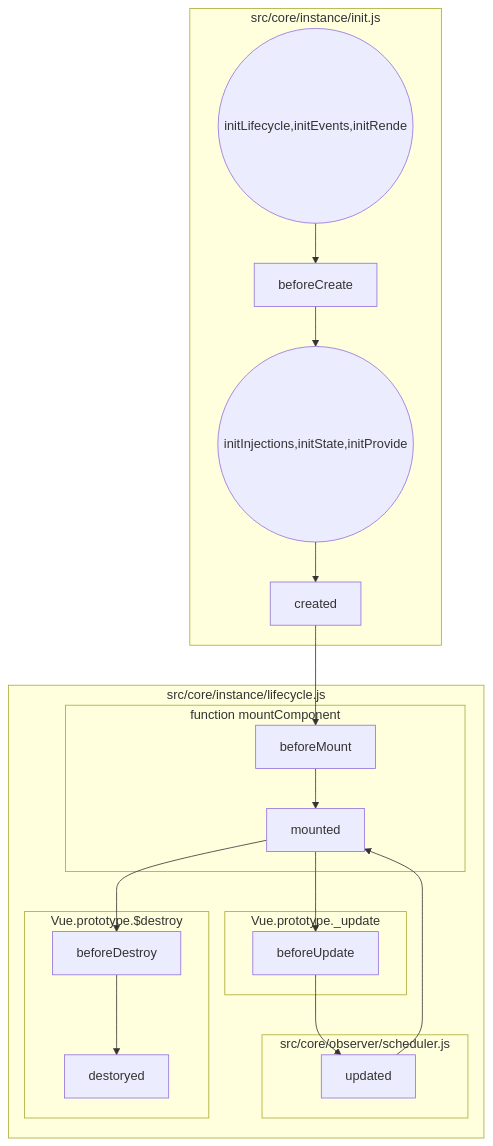
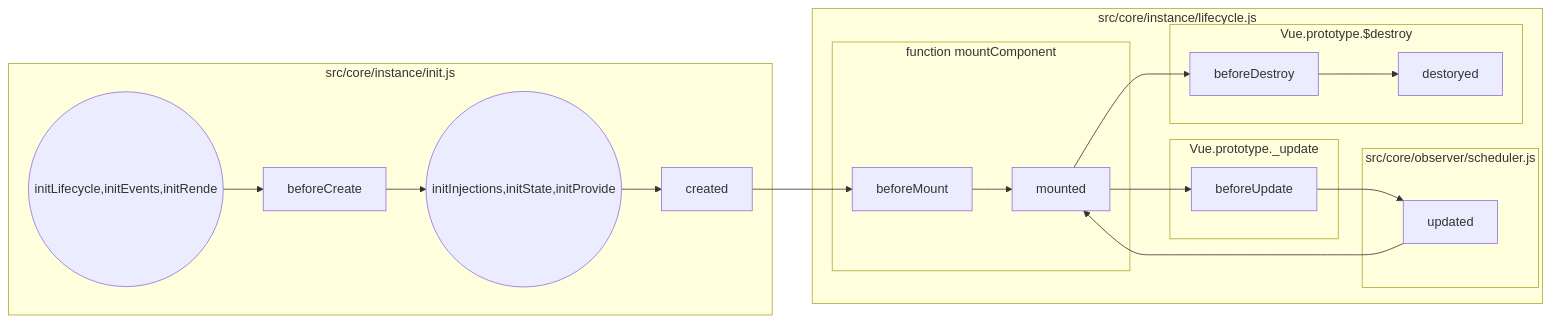
Before and after one commit to pbdm/posts: the first of 2 diagrams in 2017-07-26-vue.md, drawn with Mermaid. The commit also changed 21 other files, not shown here.

````diff
--- a/2017-07-26-vue.md
+++ b/2017-07-26-vue.md
@@ -61,33 +61,33 @@
 ```mermaid
-graph TD
+graph LR
   b((initLifecycle,initEvents,initRende))
   a((initInjections,initState,initProvide))
   subgraph src/core/instance/init.js
   b --> beforeCreate
   beforeCreate --> a
   a --> created
   end
 
   subgraph src/core/instance/lifecycle.js
   subgraph function mountComponent
   created --> beforeMount
   beforeMount --> mounted
   end
   mounted --> beforeUpdate
 
   subgraph src/core/observer/scheduler.js
   updated
   end
 
   subgraph Vue.prototype._update
   beforeUpdate
   end
 
   beforeUpdate --> updated
   updated --> mounted
   subgraph Vue.prototype.$destroy
   mounted --> beforeDestroy
   beforeDestroy --> destoryed
   end
   end
 ```
````
